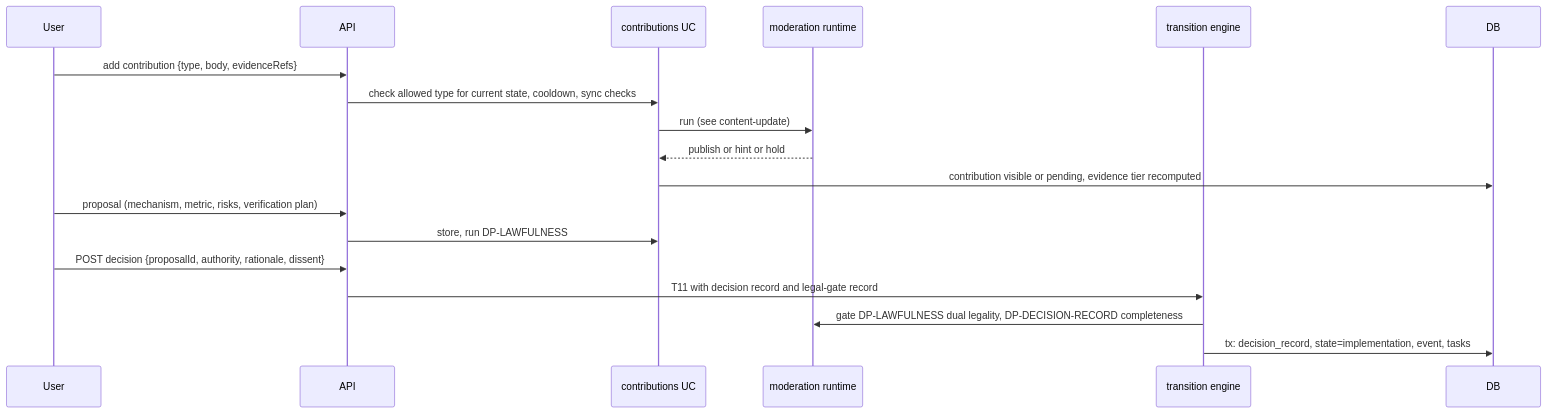
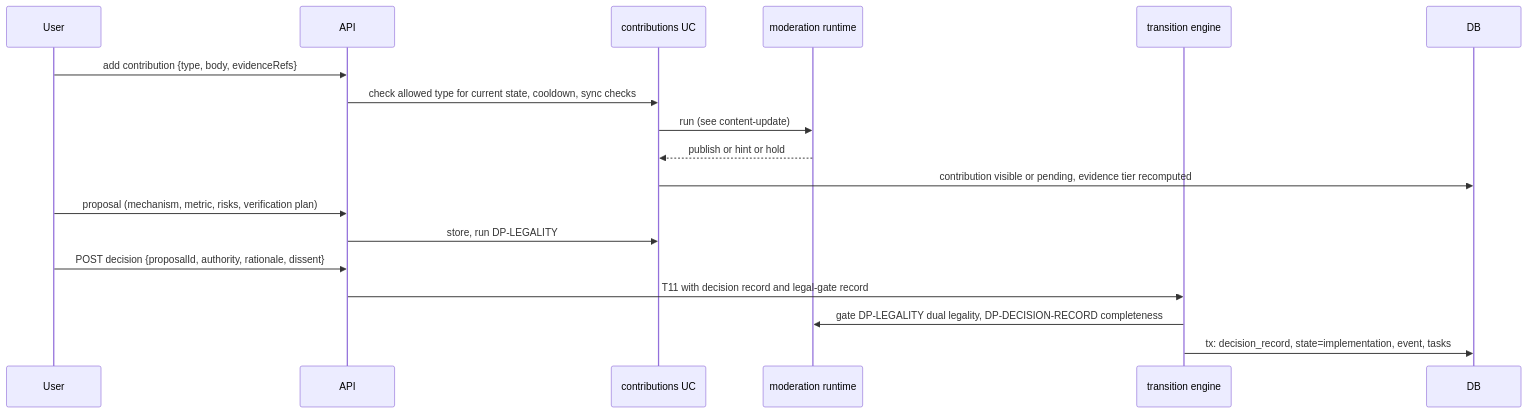
The diagram in docs/design/flows/contribution-and-proposal.md (community-action-network-oss/community_action_network_oss), drawn with Mermaid before and after one commit. The commit also changed other lines of this file and 20 other files, not shown here.

Commit message:
W4 P3: structured-submission, persona-simulation, seed-bootstrap and schema-change flows; canonical DP ids; components for schemas, simulation, portability

````diff
--- a/docs/design/flows/contribution-and-proposal.md
+++ b/docs/design/flows/contribution-and-proposal.md
@@ -13,20 +13,20 @@
 ```mermaid
 sequenceDiagram
   participant User
   participant API
   participant UC as contributions UC
   participant Mod as moderation runtime
   participant Eng as transition engine
   participant DB
   User->>API: add contribution {type, body, evidenceRefs}
   API->>UC: check allowed type for current state, cooldown, sync checks
   UC->>Mod: run (see content-update)
   Mod-->>UC: publish or hint or hold
   UC->>DB: contribution visible or pending, evidence tier recomputed
   User->>API: proposal (mechanism, metric, risks, verification plan)
-  API->>UC: store, run DP-LAWFULNESS
+  API->>UC: store, run DP-LEGALITY
   User->>API: POST decision {proposalId, authority, rationale, dissent}
   API->>Eng: T11 with decision record and legal-gate record
-  Eng->>Mod: gate DP-LAWFULNESS dual legality, DP-DECISION-RECORD completeness
+  Eng->>Mod: gate DP-LEGALITY dual legality, DP-DECISION-RECORD completeness
   Eng->>DB: tx: decision_record, state=implementation, event, tasks
 ```
````
